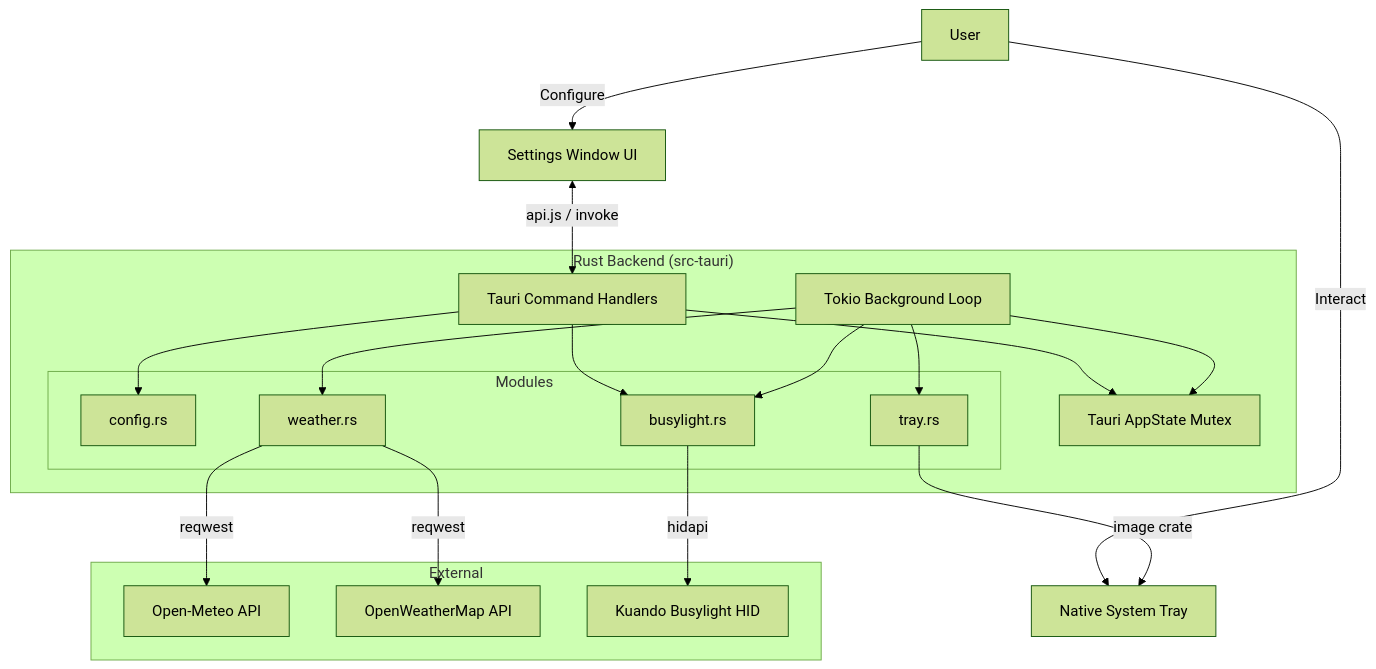
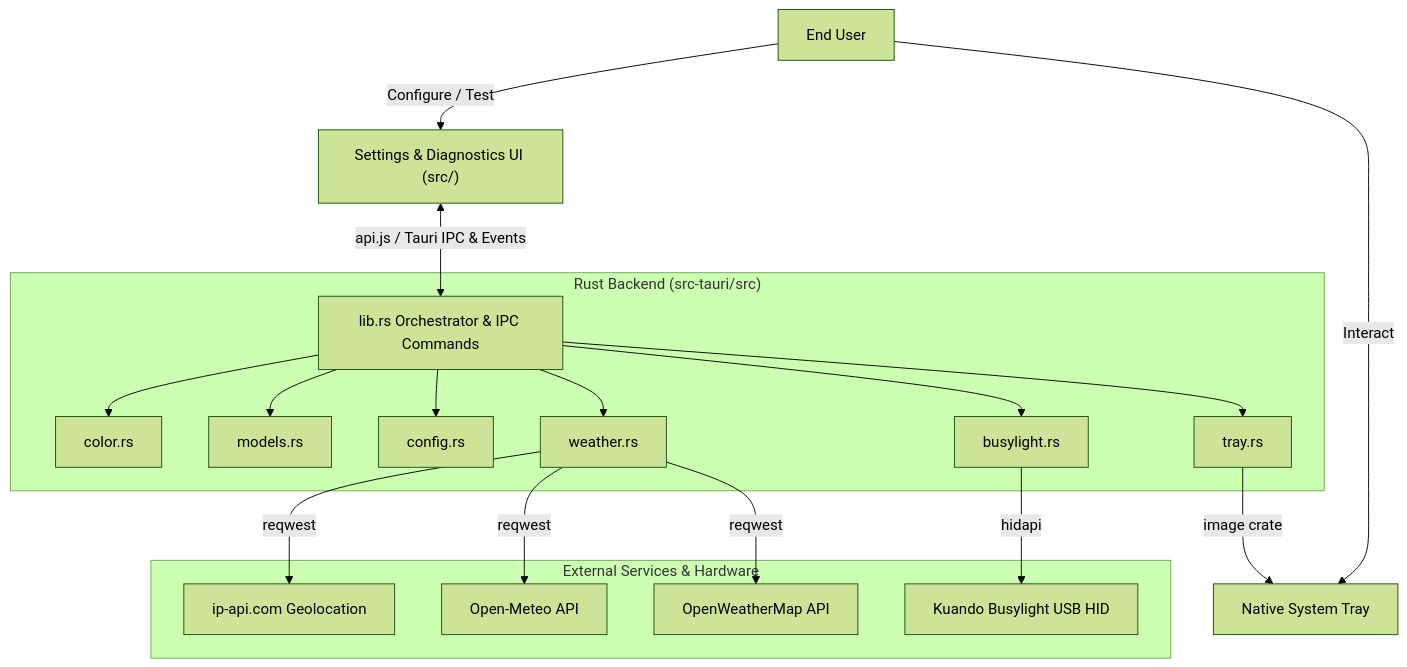
One commit to jonkt/weatherlight changed the diagram in docs/ARCHITECTURE.md. Above: the diagram before and after it, drawn with Mermaid (forest theme). The commit also changed other lines of this file and 37 other files, not shown here.

````diff
--- a/docs/ARCHITECTURE.md
+++ b/docs/ARCHITECTURE.md
@@ -10,41 +10,37 @@
 ```mermaid
 graph TD
-    User[User] -->|Interact| Tray[Native System Tray]
-    User -->|Configure| SettingsWin[Settings Window UI]
-    
-    subgraph "Rust Backend (src-tauri)"
-        AppState[Tauri AppState Mutex]
-        
-        subgraph "Modules"
-            Config[config.rs]
-            Weather[weather.rs]
-            Busylight[busylight.rs]
-            TrayModule[tray.rs]
-        end
-        
-        Tokio[Tokio Background Loop]
-        IPC[Tauri Command Handlers]
+    User[End User] -->|Interact| Tray[Native System Tray]
+    User -->|Configure / Test| SettingsWin["Settings & Diagnostics UI (src/)"]
+
+    subgraph "Rust Backend (src-tauri/src)"
+        Orchestrator[lib.rs Orchestrator & IPC Commands]
+        Color[color.rs]
+        Models[models.rs]
+        Config[config.rs]
+        Weather[weather.rs]
+        Busylight[busylight.rs]
+        TrayModule[tray.rs]
     end
 
-    subgraph "External"
+    subgraph "External Services & Hardware"
+        API_IP[ip-api.com Geolocation]
         API_OM[Open-Meteo API]
         API_OWM[OpenWeatherMap API]
-        HW_Busy[Kuando Busylight HID]
+        HW_Busy[Kuando Busylight USB HID]
     end
 
-    SettingsWin <-->|api.js / invoke| IPC
-    IPC --> AppState
-    IPC --> Config
-    IPC --> Busylight
-    
-    Tokio --> Weather
+    SettingsWin <-->|api.js / Tauri IPC & Events| Orchestrator
+    Orchestrator --> Models
+    Orchestrator --> Config
+    Orchestrator --> Color
+    Orchestrator --> Weather
+    Orchestrator --> TrayModule
+    Orchestrator --> Busylight
+
+    Weather -->|reqwest| API_IP
     Weather -->|reqwest| API_OM
     Weather -->|reqwest| API_OWM
-    
-    Tokio --> AppState
-    Tokio --> TrayModule
+
     TrayModule -->|image crate| Tray
-    
-    Tokio --> Busylight
     Busylight -->|hidapi| HW_Busy
 ```
````
